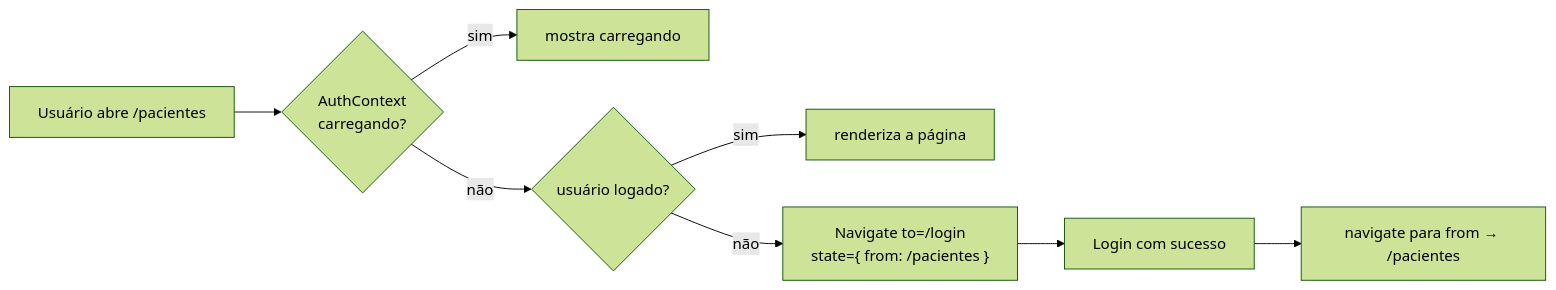
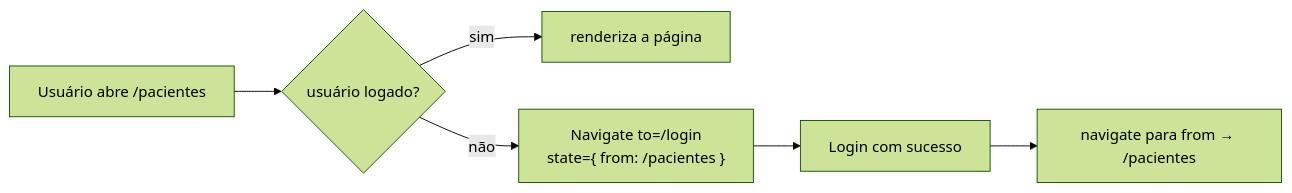
One commit to Cesar-Azeredo/grupo-zion-cardioia-portal changed the fourth of 4 diagrams in docs/arquitetura.md. Above: the diagram before and after it, drawn with Mermaid (forest theme). The commit also changed other lines of this file and 8 other files, not shown here.

````diff
--- a/docs/arquitetura.md
+++ b/docs/arquitetura.md
@@ -135,10 +149,8 @@
 ```mermaid
 flowchart LR
-    A[Usuário abre /pacientes] --> B{AuthContext<br/>carregando?}
-    B -->|sim| C[mostra carregando]
-    B -->|não| D{usuário logado?}
+    A[Usuário abre /pacientes] --> D{usuário logado?}
     D -->|sim| E[renderiza a página]
     D -->|não| F["Navigate to=/login<br/>state={ from: /pacientes }"]
     F --> G[Login com sucesso]
     G --> H[navigate para from → /pacientes]
 ```
````
